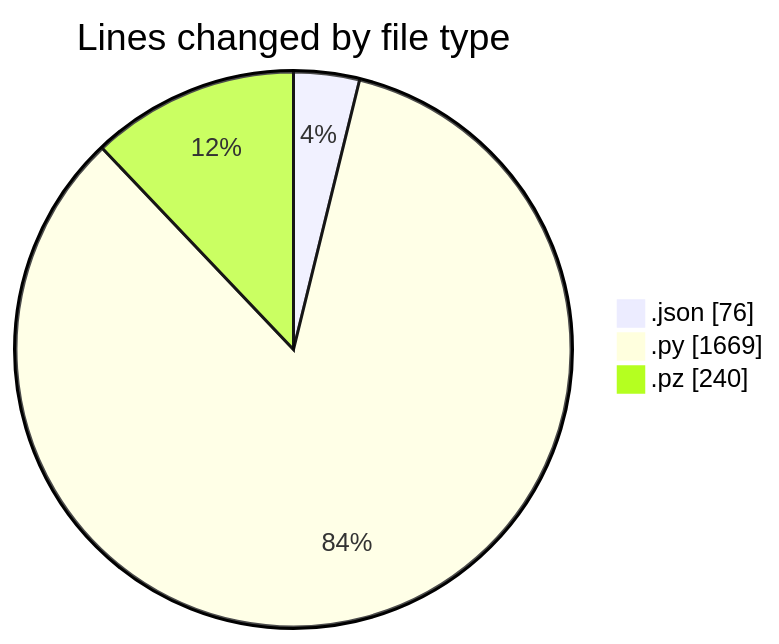
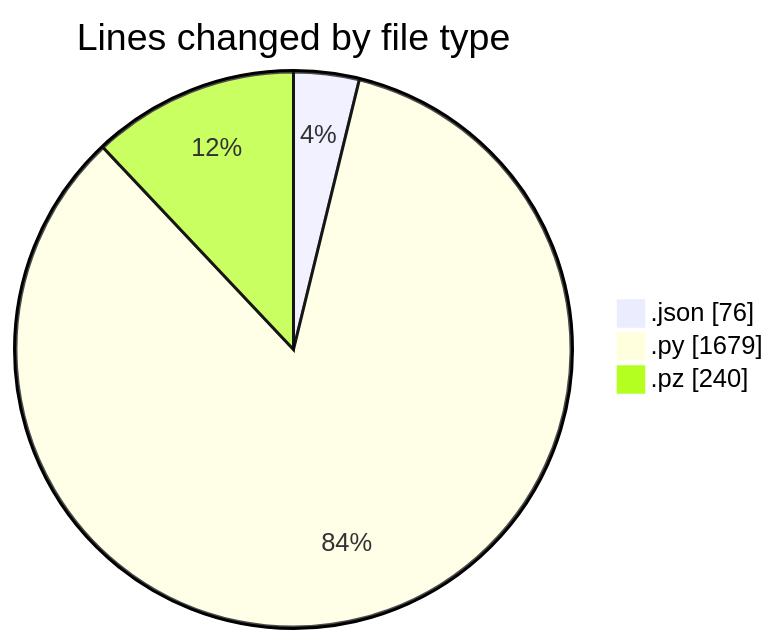
The first of 2 diagrams in 2025-02-18/myws__workspace_/README.md (MatusMokan/code-tracking), drawn with Mermaid before and after one commit. The commit also changed other lines of this file and 1 other file, not shown here.

````diff
--- a/2025-02-18/myws__workspace_/README.md
+++ b/2025-02-18/myws__workspace_/README.md
@@ -27,7 +27,7 @@
 ```mermaid
 pie showData
 title Lines changed by file type
 ".json" : 76
-".py" : 1669
+".py" : 1679
 ".pz" : 240
 ```
````
